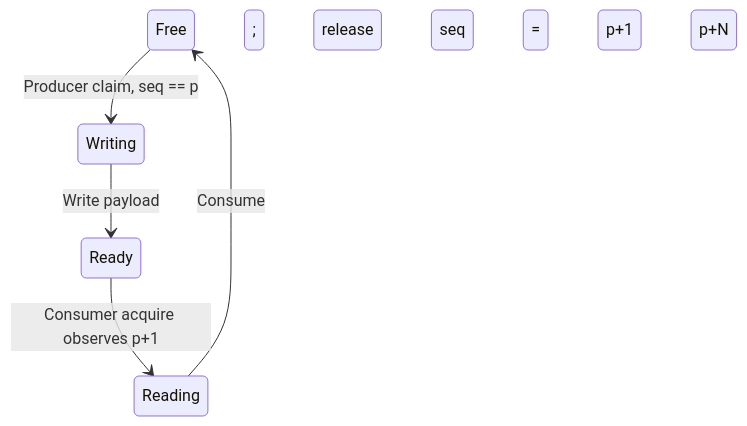
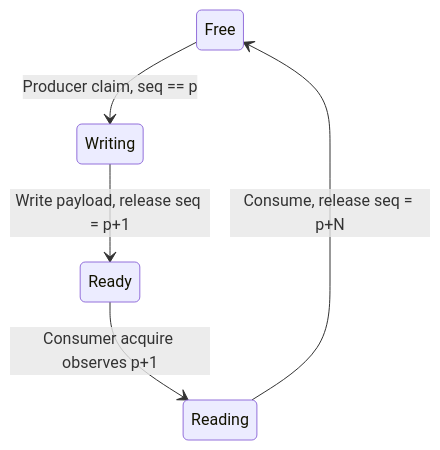
Before and after one commit to wkdadao/cgrepo: the fourth of 7 diagrams in cpu_c++/Topic_Lock_Free_Programming_CN.md, drawn with Mermaid. The commit also changed 8 other files, not shown here.

First line of the commit message:
docs(cpu): repair conversion tables and Mermaid state labels

````diff
--- a/cpu_c++/Topic_Lock_Free_Programming_CN.md
+++ b/cpu_c++/Topic_Lock_Free_Programming_CN.md
@@ -1171,8 +1171,8 @@
 ```mermaid
 stateDiagram-v2
     direction TB
     Free --> Writing: Producer claim, seq == p
-    Writing --> Ready: Write payload; release seq = p+1
+    Writing --> Ready: Write payload, release seq = p+1
     Ready --> Reading: Consumer acquire observes p+1
-    Reading --> Free: Consume; release seq = p+N
+    Reading --> Free: Consume, release seq = p+N
 ```
````
